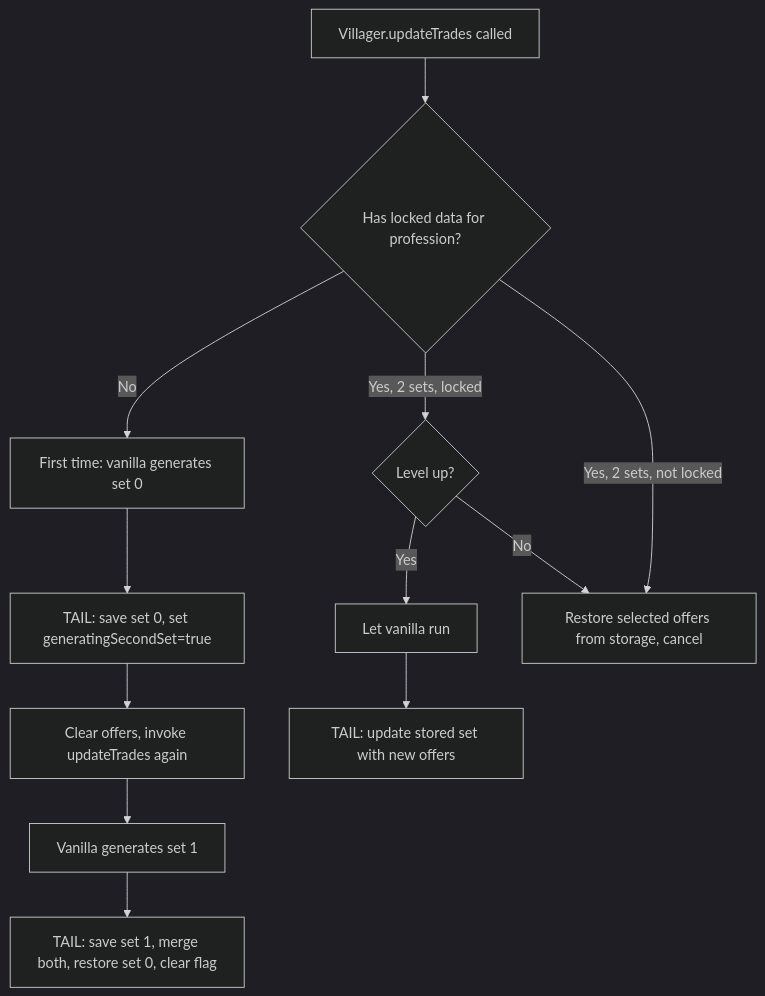
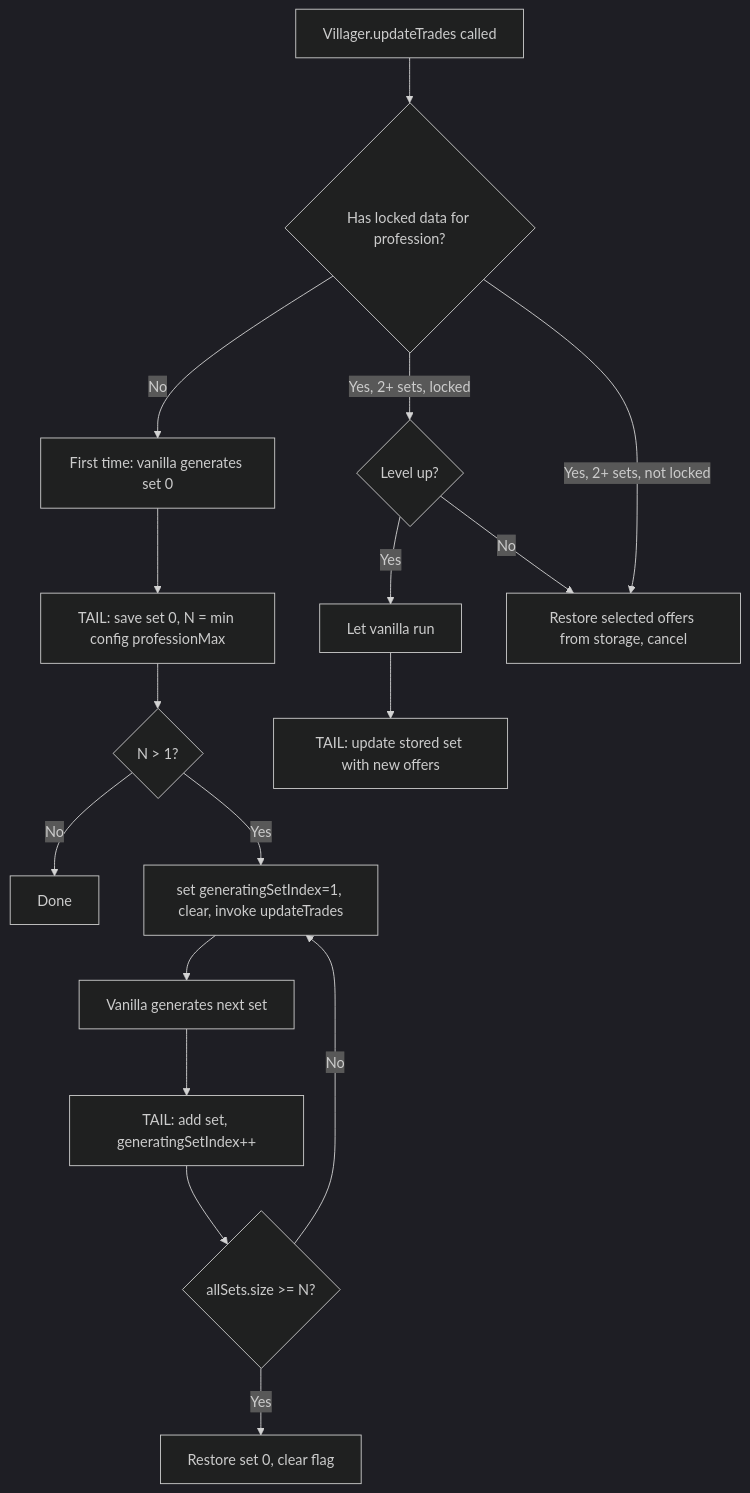
One commit to spicato-minecraft/locked_villager_trades changed the second of 2 diagrams in README.md. Above: the diagram before and after it, drawn with Mermaid (dark theme). The commit also changed other lines of this file and 10 other files, not shown here.

````diff
--- a/README.md
+++ b/README.md
@@ -109,14 +156,19 @@
 ```mermaid
 flowchart TD
     A[Villager.updateTrades called] --> B{Has locked data for profession?}
     B -->|No| C[First time: vanilla generates set 0]
-    C --> D[TAIL: save set 0, set generatingSecondSet=true]
-    D --> E[Clear offers, invoke updateTrades again]
-    E --> F[Vanilla generates set 1]
-    F --> G[TAIL: save set 1, merge both, restore set 0, clear flag]
-    B -->|Yes, 2 sets, locked| H{Level up?}
-    H -->|Yes| I[Let vanilla run]
-    I --> J[TAIL: update stored set with new offers]
-    H -->|No| K[Restore selected offers from storage, cancel]
-    B -->|Yes, 2 sets, not locked| K
+    C --> D[TAIL: save set 0, N = min config professionMax]
+    D --> E{N > 1?}
+    E -->|No| F[Done]
+    E -->|Yes| G[set generatingSetIndex=1, clear, invoke updateTrades]
+    G --> H[Vanilla generates next set]
+    H --> I[TAIL: add set, generatingSetIndex++]
+    I --> J{allSets.size >= N?}
+    J -->|Yes| K[Restore set 0, clear flag]
+    J -->|No| G
+    B -->|Yes, 2+ sets, locked| L{Level up?}
+    L -->|Yes| M[Let vanilla run]
+    M --> N[TAIL: update stored set with new offers]
+    L -->|No| O[Restore selected offers from storage, cancel]
+    B -->|Yes, 2+ sets, not locked| O
 ```
````
